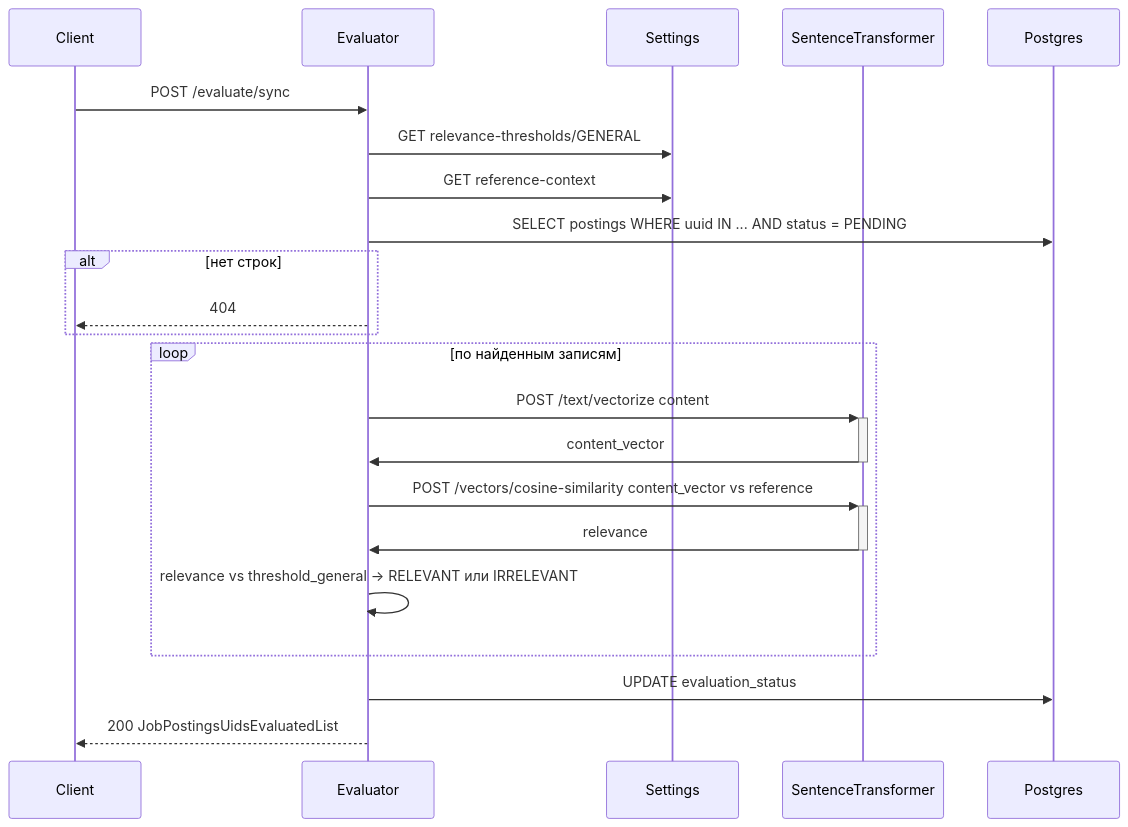
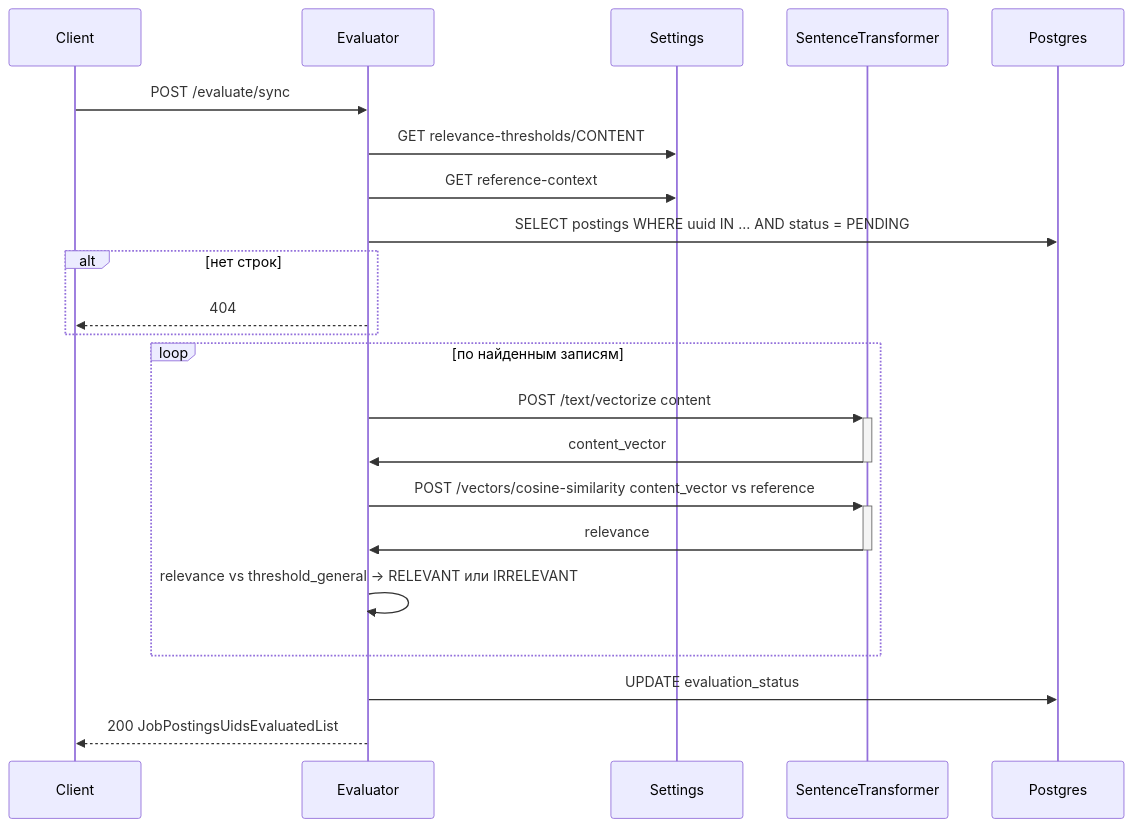
Before and after one commit to joposcragent/specifications: the diagram in services/job-postings-evaluator/readme.md, drawn with Mermaid. The commit also changed other lines of this file and 1 other file, not shown here.

Commit message:
RelevanceThresholdType - удален title и general заменен на content

````diff
--- a/services/job-postings-evaluator/readme.md
+++ b/services/job-postings-evaluator/readme.md
@@ -47,28 +47,28 @@
 ```mermaid
 sequenceDiagram
   participant Client
   participant Evaluator
   participant Settings
   participant ST as SentenceTransformer
   participant DB as Postgres
 
   Client->>Evaluator: POST /evaluate/sync
-  Evaluator->>Settings: GET relevance-thresholds/GENERAL
+  Evaluator->>Settings: GET relevance-thresholds/CONTENT
   Evaluator->>Settings: GET reference-context
   Evaluator->>DB: SELECT postings WHERE uuid IN ... AND status = PENDING
   alt нет строк
     Evaluator-->>Client: 404
   end
   loop по найденным записям
     Evaluator->>+ST: POST /text/vectorize content
     ST->>-Evaluator: content_vector
 
     Evaluator->>+ST: POST /vectors/cosine-similarity content_vector vs reference
     ST->>-Evaluator: relevance
 
     Evaluator->>Evaluator: relevance vs threshold_general -> RELEVANT или IRRELEVANT
   end
 
   Evaluator->>DB: UPDATE evaluation_status
   Evaluator-->>Client: 200 JobPostingsUidsEvaluatedList
 ```
````
